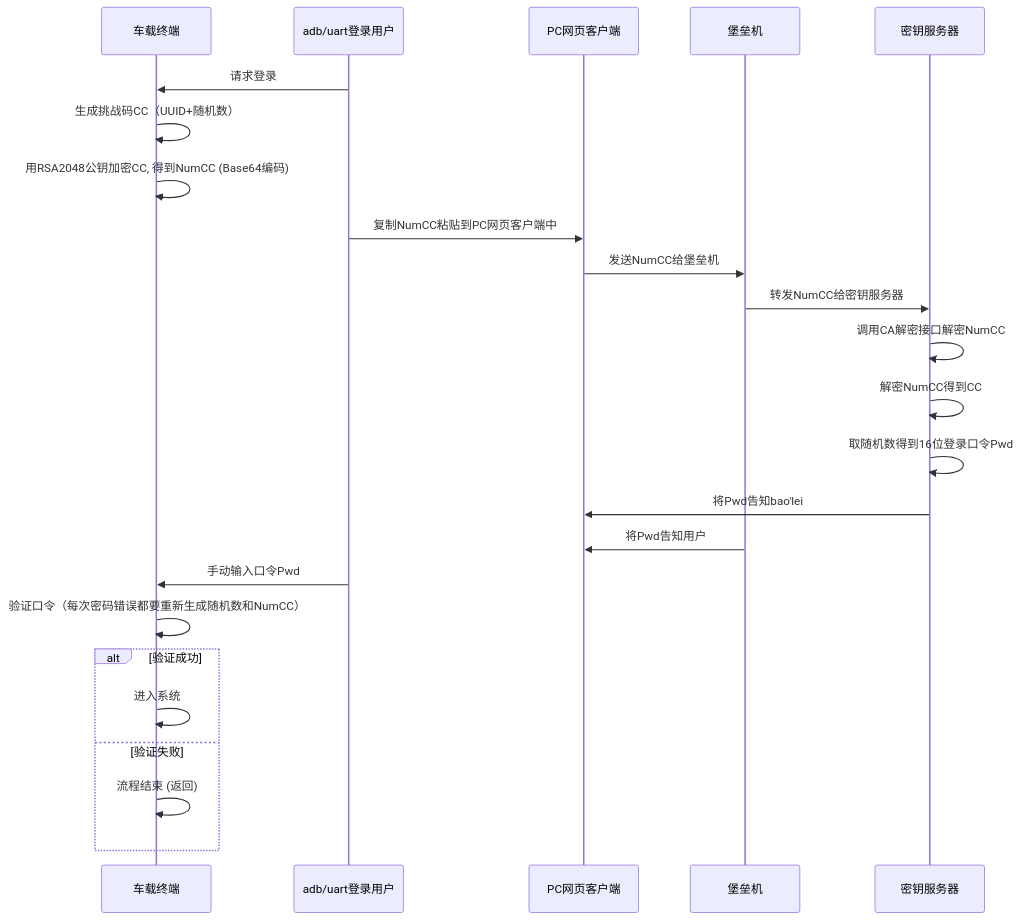
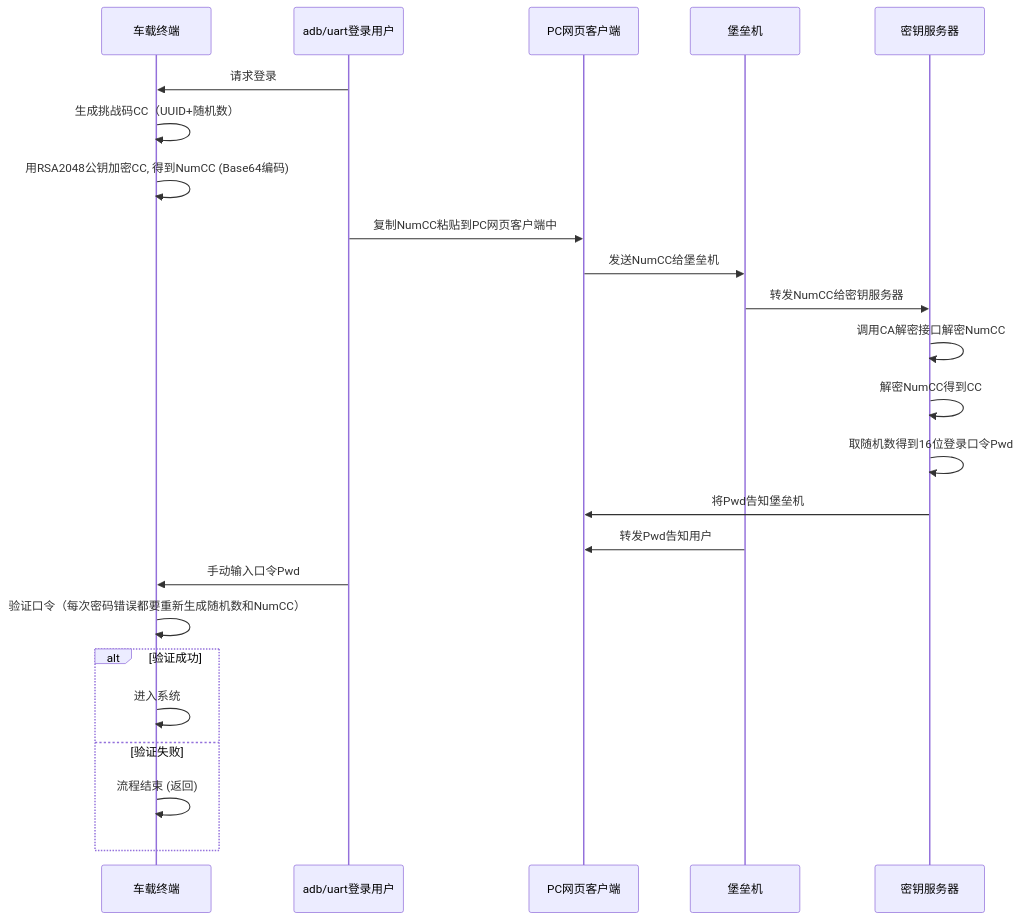
One commit to facebook-cloud/iodraw-files changed the diagram in all/未命名-16.md. Above: the diagram before and after it, drawn with Mermaid.

Commit message:
2026-02-05 18:05:44 update

````diff
--- a/all/未命名-16.md
+++ b/all/未命名-16.md
@@ -1,30 +1,30 @@
 ```mermaid
 sequenceDiagram
     participant tbox as 车载终端
     participant user as adb/uart登录用户
     participant pc as PC网页客户端
     participant bastion as 堡垒机
     participant tech_center as 密钥服务器
   
 
     user->>tbox: 请求登录
     tbox->>tbox: 生成挑战码CC（UUID+随机数）
     tbox->>tbox: 用RSA2048公钥加密CC, 得到NumCC (Base64编码)
     user->>pc: 复制NumCC粘贴到PC网页客户端中
     pc->>bastion: 发送NumCC给堡垒机
     bastion->>tech_center: 转发NumCC给密钥服务器
     tech_center->>tech_center: 调用CA解密接口解密NumCC
     tech_center->>tech_center: 解密NumCC得到CC
     tech_center->>tech_center: 取随机数得到16位登录口令Pwd
-    tech_center->>pc: 将Pwd告知bao'lei
-    bastion->>pc: 将Pwd告知用户
+    tech_center->>pc: 将Pwd告知堡垒机
+    bastion->>pc: 转发Pwd告知用户
     user->>tbox: 手动输入口令Pwd
     tbox->>tbox: 验证口令（每次密码错误都要重新生成随机数和NumCC）
     alt 验证成功
         tbox->>tbox: 进入系统
     else 验证失败
         tbox->>tbox: 流程结束 (返回)
     end
 
 
 ```
````
